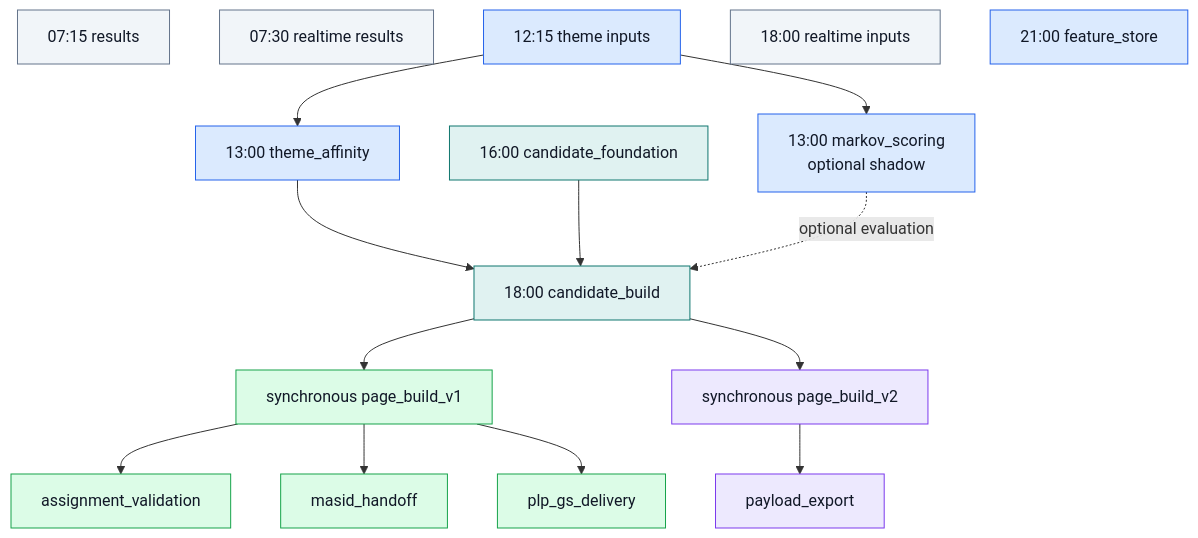
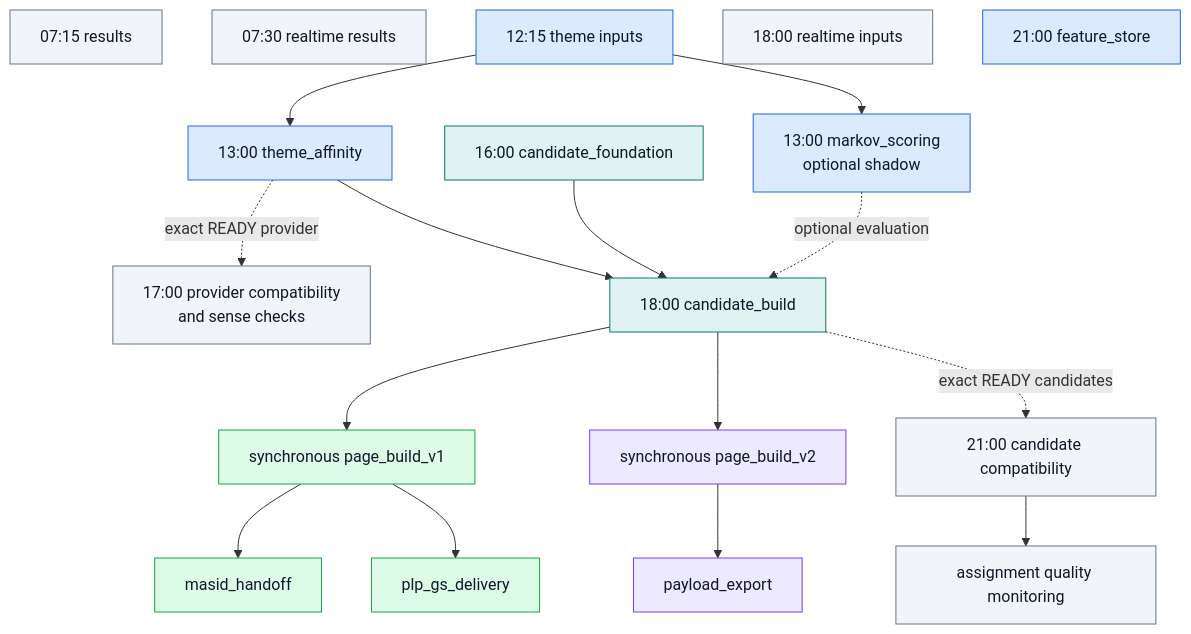
Before and after one commit to swblain-glyndwr/personal_project: the second of 8 diagrams in docs/CICD/nextads_databricks_runtime_map.md, drawn with Mermaid. The commit also changed other lines of this file and 88 other files, not shown here.

````diff
--- a/docs/CICD/nextads_databricks_runtime_map.md
+++ b/docs/CICD/nextads_databricks_runtime_map.md
@@ -149,36 +136,40 @@
 ```mermaid
 flowchart TD
   classDef sharedModel fill:#dbeafe,stroke:#2563eb,color:#111827
   classDef sharedTask fill:#e0f2f1,stroke:#0f766e,color:#111827
   classDef v1 fill:#dcfce7,stroke:#16a34a,color:#111827
   classDef v2 fill:#ede9fe,stroke:#7c3aed,color:#111827
   classDef reporting fill:#f1f5f9,stroke:#64748b,color:#111827
 
   results["07:15 results"]:::reporting
   realtime_results["07:30 realtime results"]:::reporting
   theme_inputs["12:15 theme inputs"]:::sharedModel
   theme_affinity["13:00 theme_affinity"]:::sharedModel
   markov["13:00 markov_scoring<br/>optional shadow"]:::sharedModel
+  provider_compat["17:00 provider compatibility<br/>and sense checks"]:::reporting
   candidate_foundation["16:00 candidate_foundation"]:::sharedTask
   candidate["18:00 candidate_build"]:::sharedTask
+  candidate_compat["21:00 candidate compatibility"]:::reporting
   realtime_inputs["18:00 realtime inputs"]:::reporting
   page_build["synchronous page_build_v1"]:::v1
   page_build_v2["synchronous page_build_v2"]:::v2
-  qa["assignment_validation"]:::v1
+  qa["assignment quality monitoring"]:::reporting
   masid["masid_handoff"]:::v1
   payload["payload_export"]:::v2
   plp["plp_gs_delivery"]:::v1
   feature_store["21:00 feature_store"]:::sharedModel
 
   theme_inputs --> theme_affinity
   theme_inputs --> markov
+  theme_affinity -. exact READY provider .-> provider_compat
   theme_affinity --> candidate
   candidate_foundation --> candidate
   markov -. optional evaluation .-> candidate
   candidate --> page_build
   candidate --> page_build_v2
-  page_build --> qa
+  candidate -. exact READY candidates .-> candidate_compat
+  candidate_compat --> qa
   page_build --> masid
   page_build --> plp
   page_build_v2 --> payload
 ```
````
